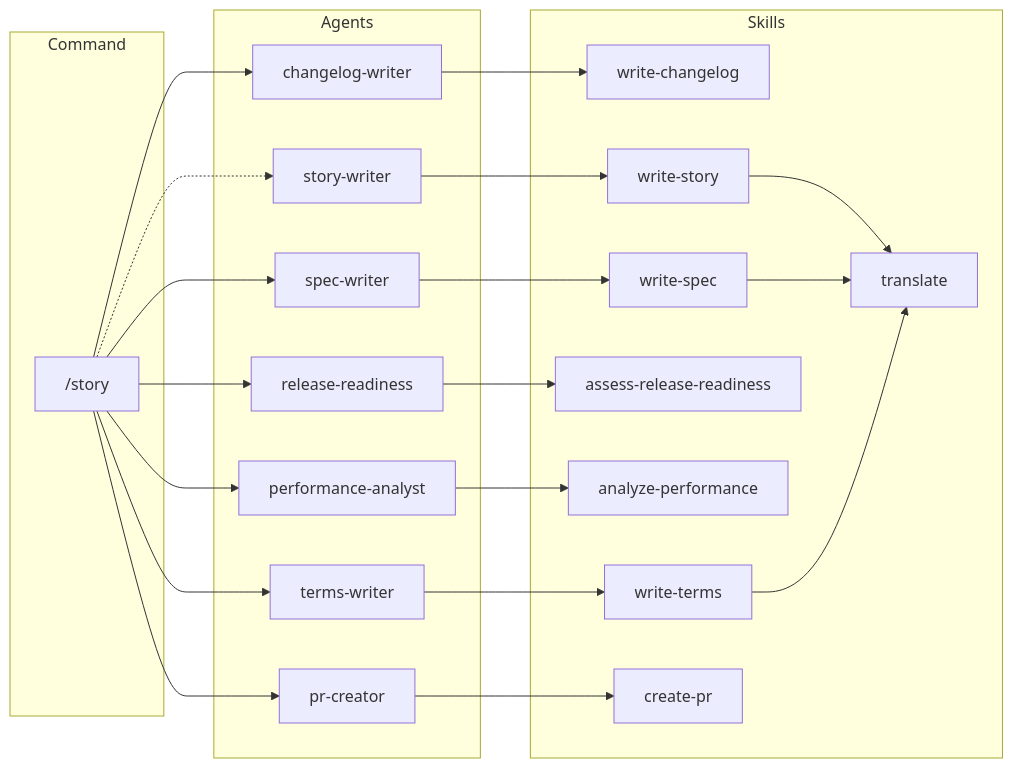
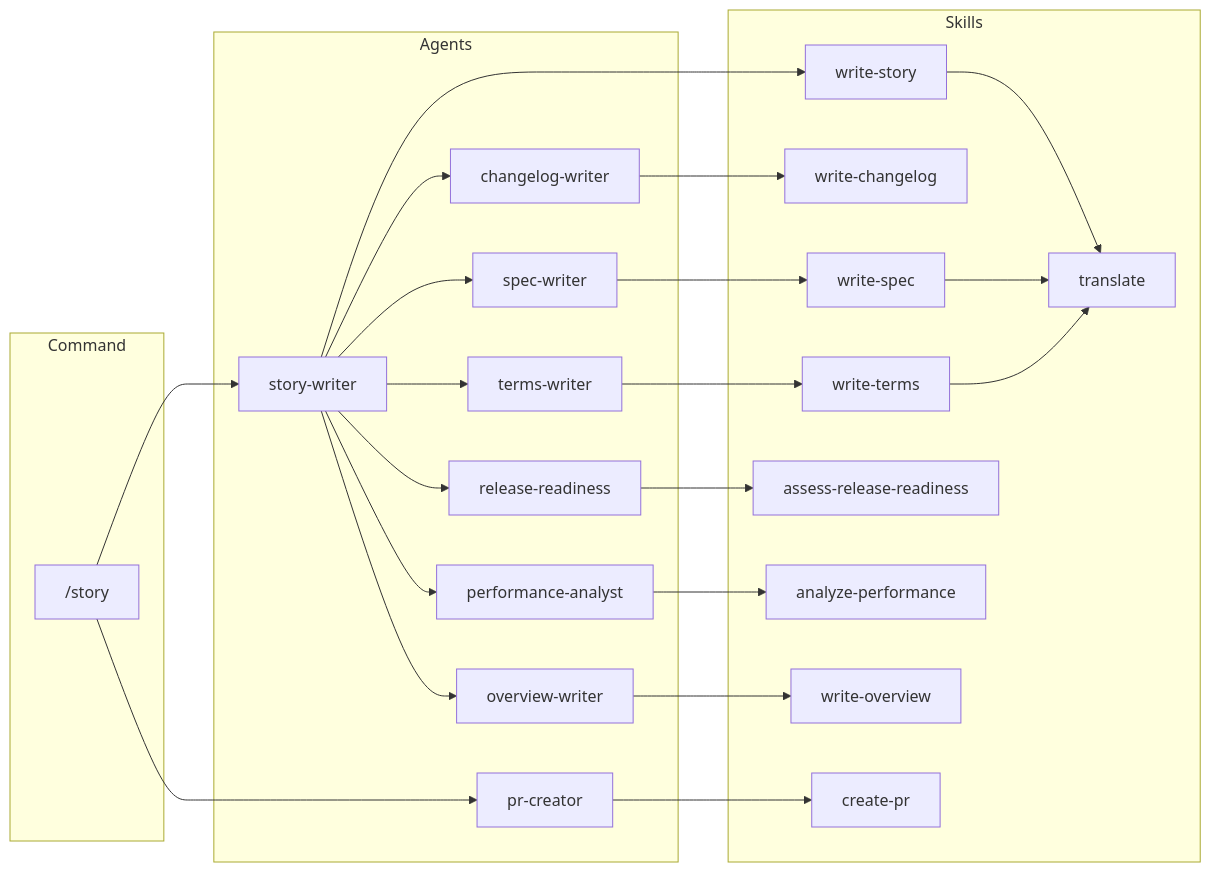
Before and after one commit to qmu/workaholic: the fourth of 6 diagrams in .workaholic/specs/architecture.md, drawn with Mermaid. The commit also changed other lines of this file and 4 other files, not shown here.

````diff
--- a/.workaholic/specs/architecture.md
+++ b/.workaholic/specs/architecture.md
@@ -234,44 +235,48 @@
 ```mermaid
 flowchart LR
     subgraph Command
         story["/story"]
     end
 
     subgraph Agents
+        sw[story-writer]
         cw[changelog-writer]
         spw[spec-writer]
         tw[terms-writer]
         rr[release-readiness]
         pa[performance-analyst]
-        sw[story-writer]
+        ow[overview-writer]
         pc[pr-creator]
     end
 
     subgraph Skills
+        ws[write-story]
         wc[write-changelog]
         wsp[write-spec]
         wt[write-terms]
         arr[assess-release-readiness]
         ap[analyze-performance]
-        ws[write-story]
+        wo[write-overview]
         tr[translate]
         cp[create-pr]
     end
 
-    story --> cw & spw & tw & rr & pa
-    story -.-> sw
+    story --> sw
     story --> pc
+
+    sw --> cw & spw & tw & rr & pa & ow
 
     cw --> wc
     spw --> wsp
     tw --> wt
     rr --> arr
     pa --> ap
+    ow --> wo
     sw --> ws
     pc --> cp
 
     %% Skill-to-skill
     ws --> tr
     wsp --> tr
     wt --> tr
 ```
````
